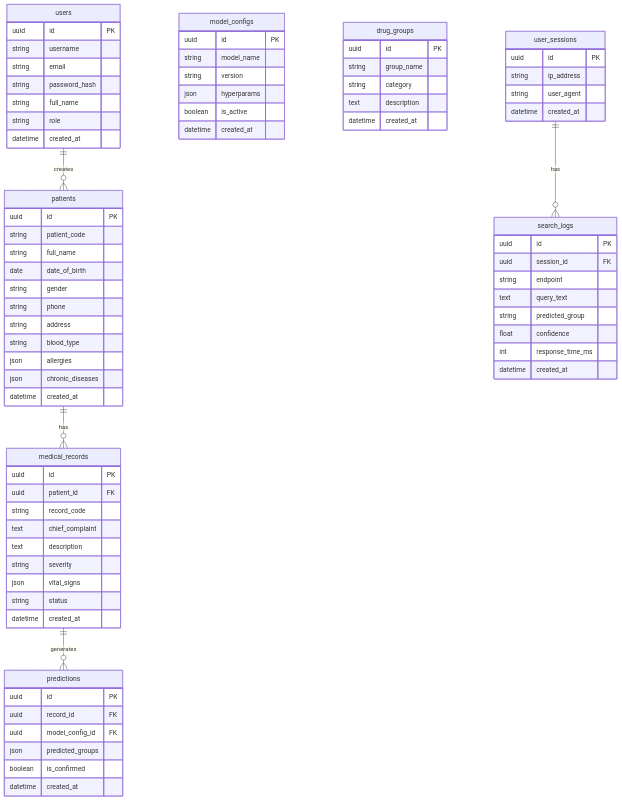
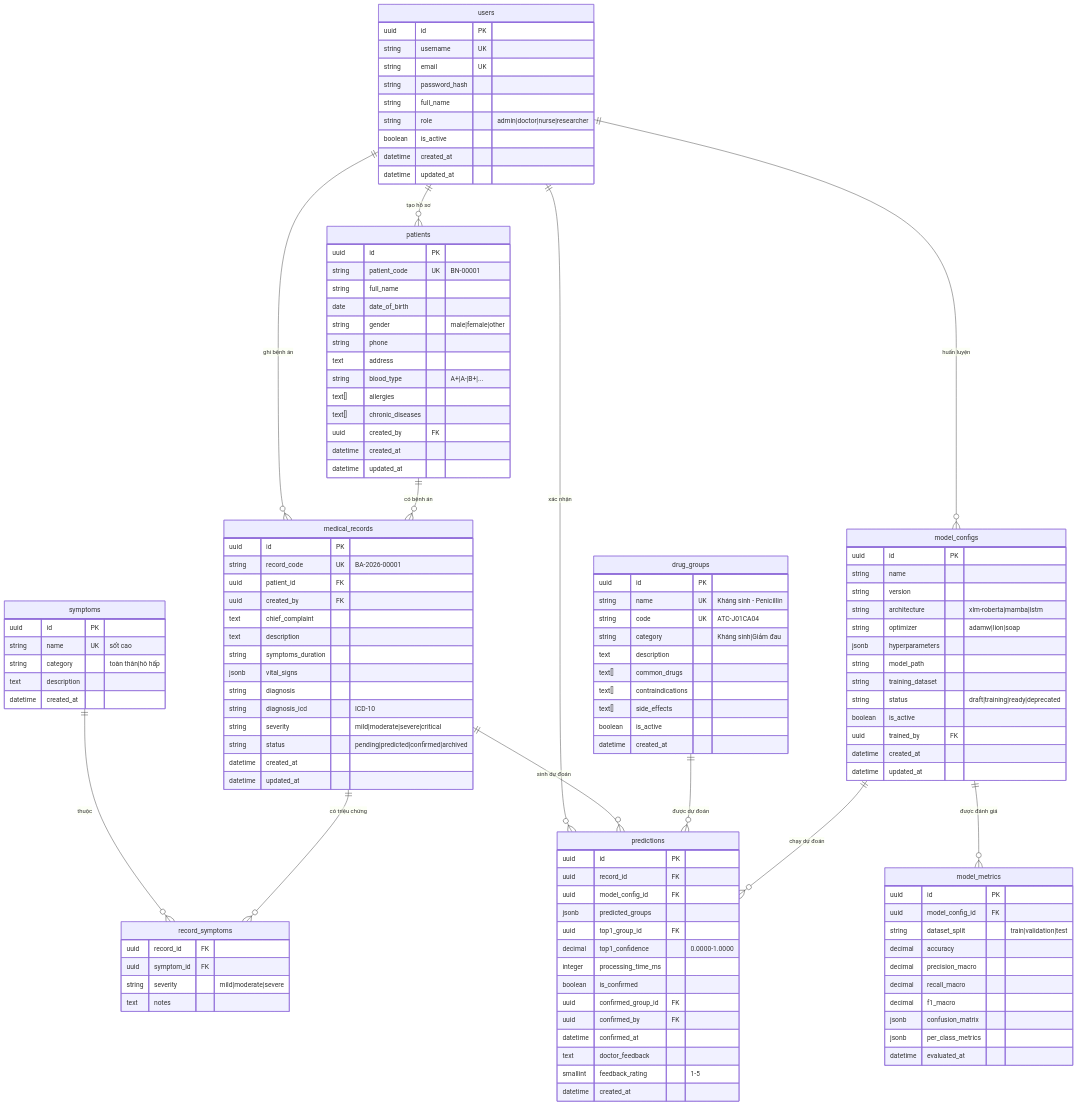
Before and after one commit to saketai72-oss/pj-medicine: the diagram in docs/DATABASE.md, drawn with Mermaid. The commit also changed other lines of this file and 3 other files, not shown here.

First line of the commit message:
docs: add Data Dictionary, User Story mapping, complete ERD, branch strategy

````diff
--- a/docs/DATABASE.md
+++ b/docs/DATABASE.md
@@ -8,79 +8,138 @@
 ```mermaid
 erDiagram
-    users ||--o{ patients : "creates"
+    users ||--o{ patients : "tạo hồ sơ"
+    users ||--o{ medical_records : "ghi bệnh án"
+    users ||--o{ predictions : "xác nhận"
+    users ||--o{ model_configs : "huấn luyện"
+
     users {
         uuid id PK
-        string username
-        string email
+        string username UK
+        string email UK
         string password_hash
         string full_name
-        string role
+        string role "admin|doctor|nurse|researcher"
+        boolean is_active
+        datetime created_at
+        datetime updated_at
+    }
+
+    patients ||--o{ medical_records : "có bệnh án"
+
+    patients {
+        uuid id PK
+        string patient_code UK "BN-00001"
+        string full_name
+        date date_of_birth
+        string gender "male|female|other"
+        string phone
+        text address
+        string blood_type "A+|A-|B+|..."
+        text[] allergies
+        text[] chronic_diseases
+        uuid created_by FK
+        datetime created_at
+        datetime updated_at
+    }
+
+    symptoms ||--o{ record_symptoms : "thuộc"
+
+    symptoms {
+        uuid id PK
+        string name UK "sốt cao"
+        string category "toàn thân|hô hấp"
+        text description
         datetime created_at
     }
-    patients ||--o{ medical_records : "has"
-    patients {
+
+    medical_records ||--o{ record_symptoms : "có triệu chứng"
+    medical_records ||--o{ predictions : "sinh dự đoán"
+
+    medical_records {
         uuid id PK
-        string patient_code
-        string full_name
-        date date_of_birth
-        string gender
-        string phone
-        string address
-        string blood_type
-        json allergies
-        json chronic_diseases
+        string record_code UK "BA-2026-00001"
+        uuid patient_id FK
+        uuid created_by FK
+        text chief_complaint
+        text description
+        string symptoms_duration
+        jsonb vital_signs
+        string diagnosis
+        string diagnosis_icd "ICD-10"
+        string severity "mild|moderate|severe|critical"
+        string status "pending|predicted|confirmed|archived"
+        datetime created_at
+        datetime updated_at
+    }
+
+    record_symptoms {
+        uuid record_id FK
+        uuid symptom_id FK
+        string severity "mild|moderate|severe"
+        text notes
+    }
+
+    drug_groups ||--o{ predictions : "được dự đoán"
+
+    drug_groups {
+        uuid id PK
+        string name UK "Kháng sinh - Penicillin"
+        string code UK "ATC-J01CA04"
+        string category "Kháng sinh|Giảm đau"
+        text description
+        text[] common_drugs
+        text[] contraindications
+        text[] side_effects
+        boolean is_active
         datetime created_at
     }
-    medical_records ||--o{ predictions : "generates"
-    medical_records {
+
+    model_configs ||--o{ predictions : "chạy dự đoán"
+    model_configs ||--o{ model_metrics : "được đánh giá"
+
+    model_configs {
         uuid id PK
-        uuid patient_id FK
-        string record_code
-        text chief_complaint
-        text description
-        string severity
-        json vital_signs
-        string status
+        string name
+        string version
+        string architecture "xlm-roberta|mamba|lstm"
+        string optimizer "adamw|lion|soap"
+        jsonb hyperparameters
+        string model_path
+        string training_dataset
+        string status "draft|training|ready|deprecated"
+        boolean is_active
+        uuid trained_by FK
         datetime created_at
+        datetime updated_at
     }
+
     predictions {
         uuid id PK
         uuid record_id FK
         uuid model_config_id FK
-        json predicted_groups
+        jsonb predicted_groups
+        uuid top1_group_id FK
+        decimal top1_confidence "0.0000-1.0000"
+        integer processing_time_ms
         boolean is_confirmed
+        uuid confirmed_group_id FK
+        uuid confirmed_by FK
+        datetime confirmed_at
+        text doctor_feedback
+        smallint feedback_rating "1-5"
         datetime created_at
     }
-    model_configs {
+
+    model_metrics {
         uuid id PK
-        string model_name
-        string version
-        json hyperparams
-        boolean is_active
-        datetime created_at
-    }
-    drug_groups {
-        uuid id PK
-        string group_name
-        string category
-        text description
-        datetime created_at
-    }
-    user_sessions ||--o{ search_logs : "has"
-    user_sessions {
-        uuid id PK
-        string ip_address
-        string user_agent
-        datetime created_at
-    }
-    search_logs {
-        uuid id PK
-        uuid session_id FK
-        string endpoint
-        text query_text
-        string predicted_group
-        float confidence
-        int response_time_ms
-        datetime created_at
+        uuid model_config_id FK
+        string dataset_split "train|validation|test"
+        decimal accuracy
+        decimal precision_macro
+        decimal recall_macro
+        decimal f1_macro
+        jsonb confusion_matrix
+        jsonb per_class_metrics
+        datetime evaluated_at
     }
 ```
````
